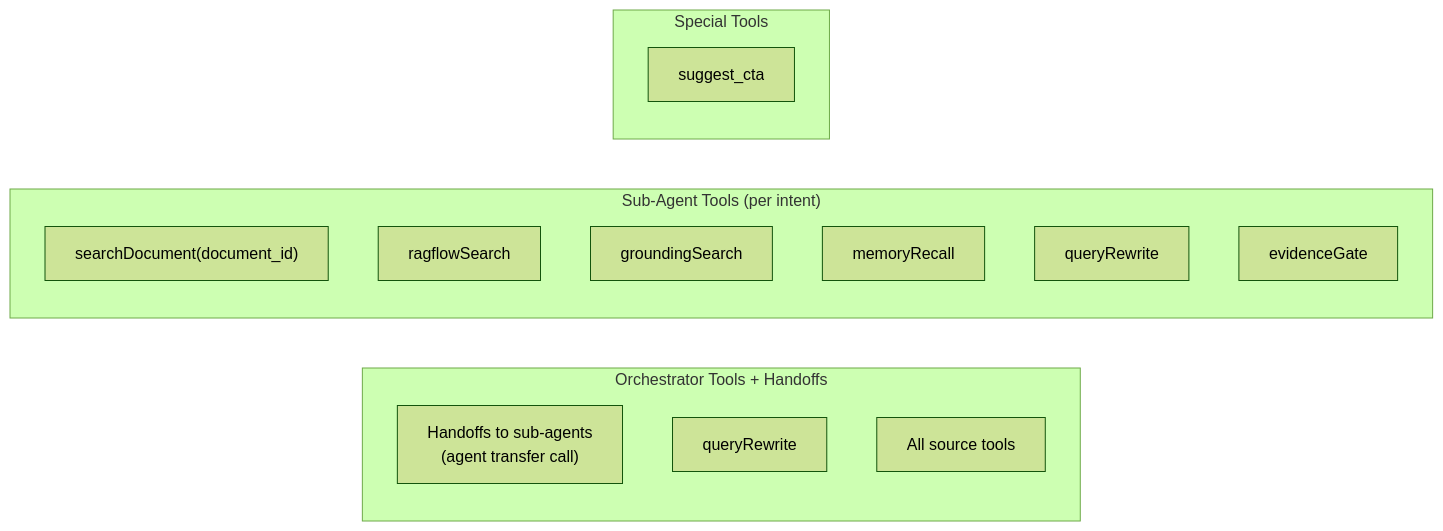
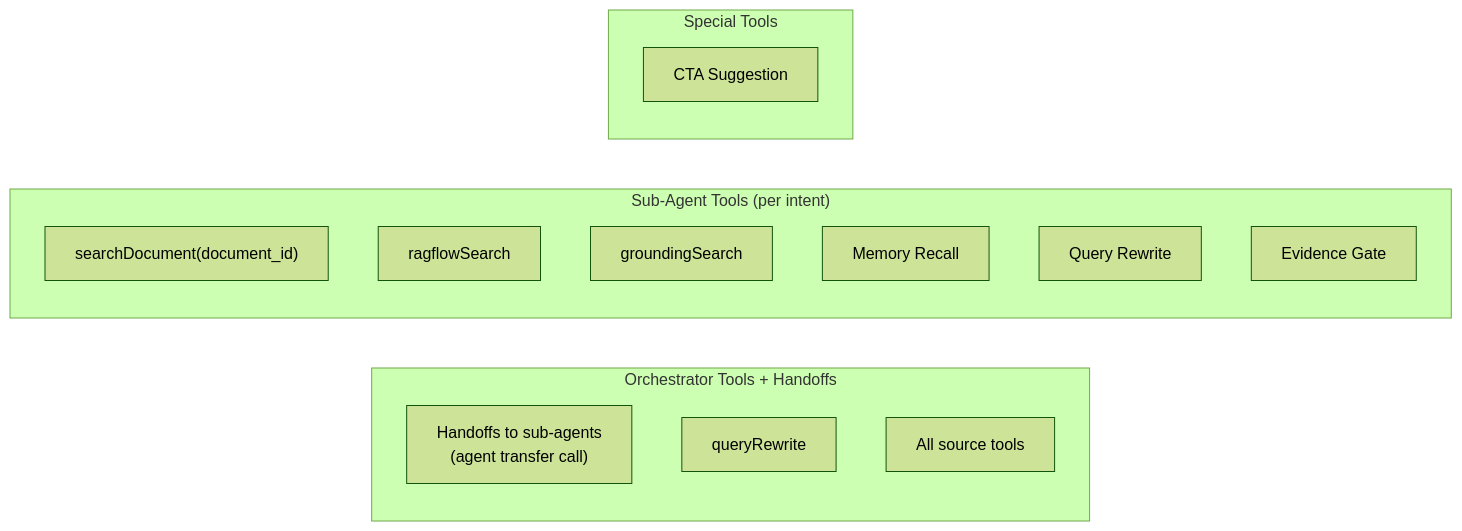
Diagram 11 of 17 in plan/06-agents.md (1qh/safeagent), drawn with Mermaid (forest theme) before and after one commit. The commit also changed other lines of this file and 8 other files, not shown here.

Commit message:
fix remaining SQL in Mermaid, function signatures, version references across plan files

````diff
--- a/plan/06-agents.md
+++ b/plan/06-agents.md
@@ -443,21 +443,21 @@
 ```mermaid
 graph LR
     subgraph ORCHESTRATOR_TOOLS["Orchestrator Tools + Handoffs"]
         TOOL_HANDOFFS["Handoffs to sub-agents\n(agent transfer call)"]
         TOOL_QUERY_REWRITE_ORCH["queryRewrite"]
         TOOL_SOURCE_SET_ORCH["All source tools"]
     end
 
     subgraph SUB_AGENT_TOOLS["Sub-Agent Tools (per intent)"]
         TOOL_SEARCH_DOCUMENT["searchDocument(document_id)"]
         TOOL_RAGFLOW["ragflowSearch"]
         TOOL_GROUNDING["groundingSearch"]
-        TOOL_MEMORY_RECALL["memoryRecall"]
-        TOOL_QUERY_REWRITE_SUB["queryRewrite"]
-        TOOL_EVIDENCE_GATE["evidenceGate"]
+        TOOL_MEMORY_RECALL["Memory Recall"]
+        TOOL_QUERY_REWRITE_SUB["Query Rewrite"]
+        TOOL_EVIDENCE_GATE["Evidence Gate"]
     end
 
     subgraph SPECIAL_TOOLS["Special Tools"]
-        TOOL_SUGGEST_CTA["suggest_cta"]
+        TOOL_SUGGEST_CTA["CTA Suggestion"]
     end
 ```
````
